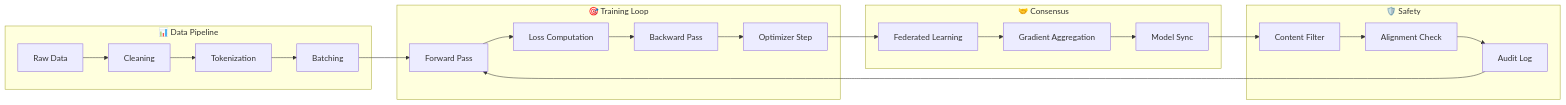
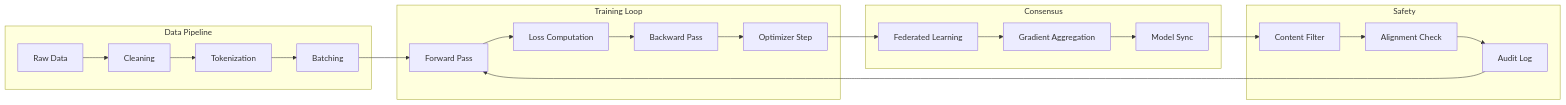
Before and after one commit to anachroni-co/cunca: the ninth of 9 diagrams in README.md, drawn with Mermaid. The commit also changed other lines of this file and 179 other files, not shown here.

````diff
--- a/README.md
+++ b/README.md
@@ -404,34 +404,34 @@
 ```mermaid
 flowchart LR
-    subgraph Data["📊 Data Pipeline"]
+    subgraph Data[" Data Pipeline"]
         RAW[Raw Data]
         CLEAN[Cleaning]
         TOK[Tokenization]
         BATCH[Batching]
     end
 
-    subgraph Training["🎯 Training Loop"]
+    subgraph Training[" Training Loop"]
         FWD[Forward Pass]
         LOSS[Loss Computation]
         BWD[Backward Pass]
         OPT[Optimizer Step]
     end
 
-    subgraph Consensus["🤝 Consensus"]
+    subgraph Consensus[" Consensus"]
         FED[Federated Learning]
         AGG[Gradient Aggregation]
         SYNC[Model Sync]
     end
 
-    subgraph Safety["🛡️ Safety"]
+    subgraph Safety["️ Safety"]
         FILTER[Content Filter]
         ALIGN[Alignment Check]
         AUDIT[Audit Log]
     end
 
     RAW --> CLEAN --> TOK --> BATCH
     BATCH --> FWD --> LOSS --> BWD --> OPT
     OPT --> FED --> AGG --> SYNC
     SYNC --> FILTER --> ALIGN --> AUDIT
     AUDIT --> FWD
 ```
````
